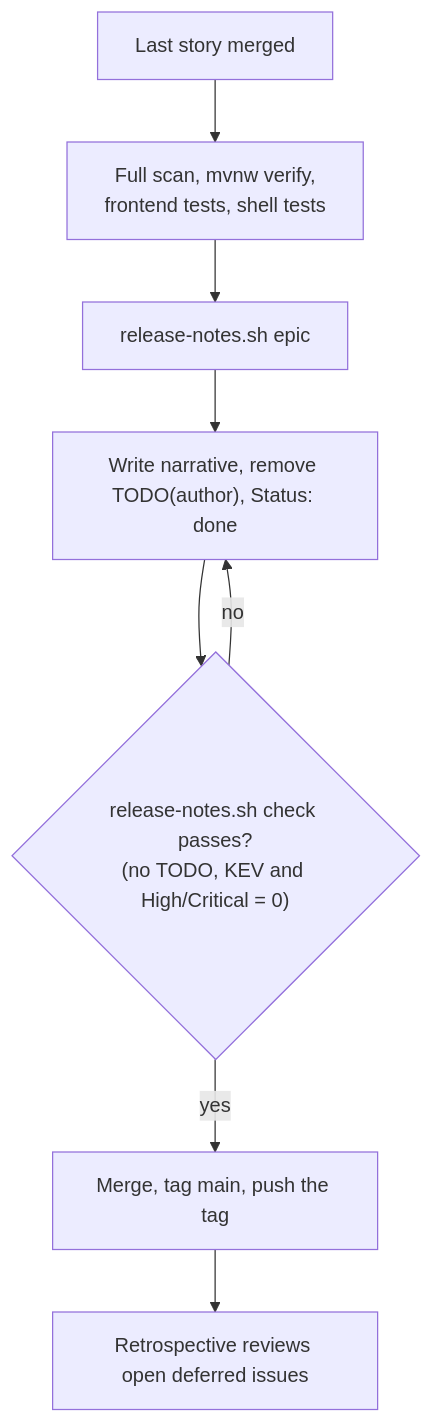
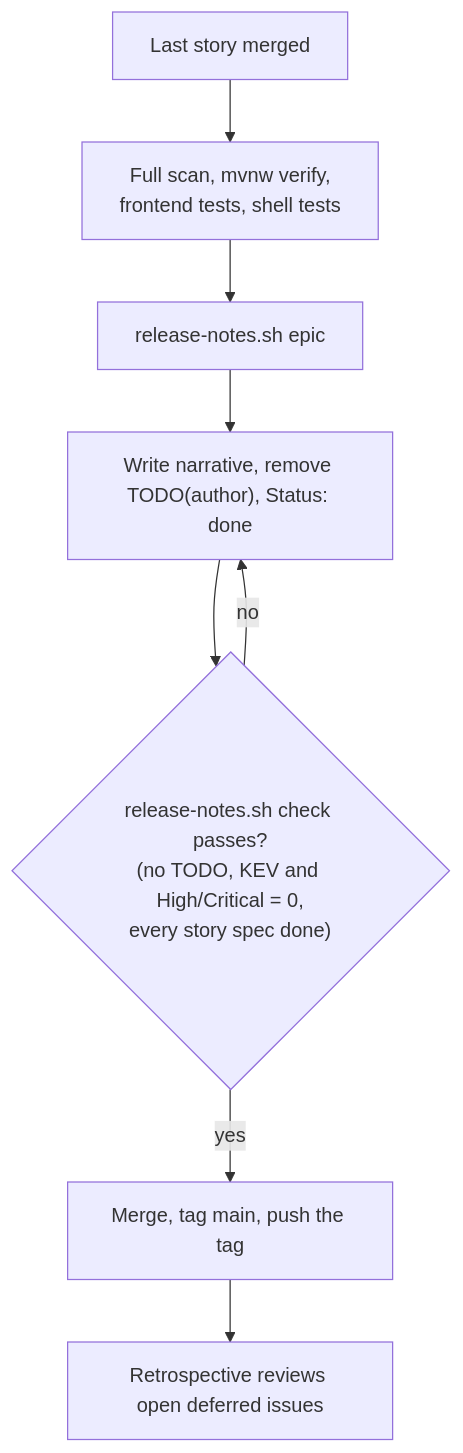
The seventh of 8 diagrams in docs/workflow.md (yebbah/little-steps), drawn with Mermaid before and after one commit. The commit also changed 4 other files, not shown here.

Commit message:
feat: release-notes check fails a stale story status and a Commit hash not on main (#101)

````diff
--- a/docs/workflow.md
+++ b/docs/workflow.md
@@ -128,10 +128,10 @@
 ```mermaid
 flowchart TD
   A["Last story merged"] --> B["Full scan, mvnw verify,<br/>frontend tests, shell tests"]
   B --> C["release-notes.sh epic"]
   C --> D["Write narrative, remove TODO(author), Status: done"]
-  D --> E{"release-notes.sh check passes?<br/>(no TODO, KEV and High/Critical = 0)"}
+  D --> E{"release-notes.sh check passes?<br/>(no TODO, KEV and High/Critical = 0,<br/>every story spec done)"}
   E -- "no" --> D
   E -- "yes" --> F["Merge, tag main, push the tag"]
   F --> G["Retrospective reviews open deferred issues"]
 ```
````
